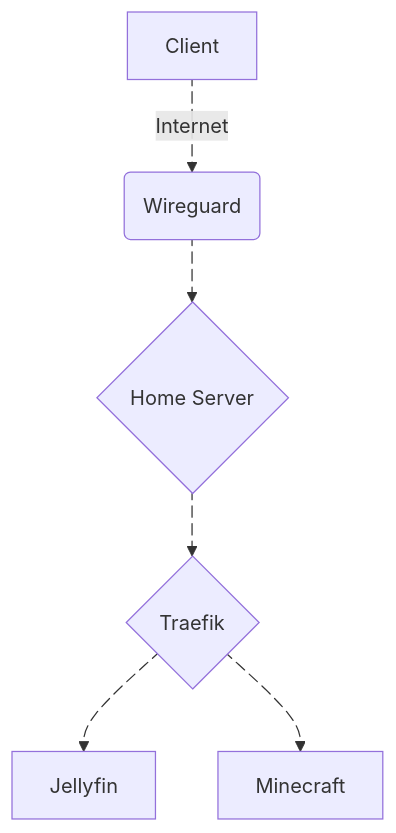
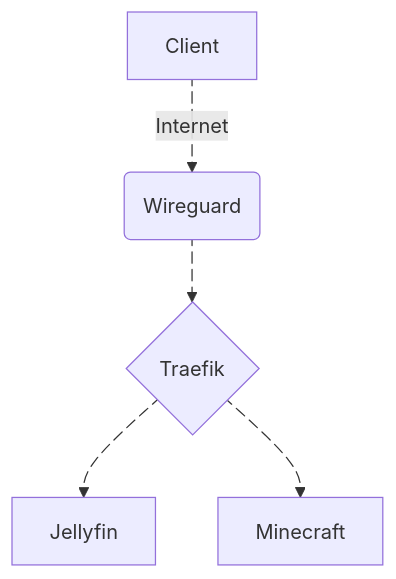
One commit to D-e-v-o-r-a-n/MigrationProject changed the first of 2 diagrams in README.md. Above: the diagram before and after it, drawn with Mermaid. The commit also changed other lines of this file, not shown here.

Commit message:
Changing charts logic

````diff
--- a/README.md
+++ b/README.md
@@ -12,14 +12,12 @@
 ```mermaid
 flowchart TD
     A[Client] e1@-->|Internet| B(Wireguard)
-    B e2@--> C{Home Server}
-    C e3@--> D{ Traefik }
-    D e4@--> Jellyfin
-    D e5@--> Minecraft
+    B e2@--> C{ Traefik }
+    C e4@--> Jellyfin
+    C e5@--> Minecraft
 
   e1@{ animate: yeah }
   e2@{ animate: yeah }
-  e3@{ animate: yeah }
   e4@{ animate: yeah }
   e5@{ animate: yeah }
 ```
````
